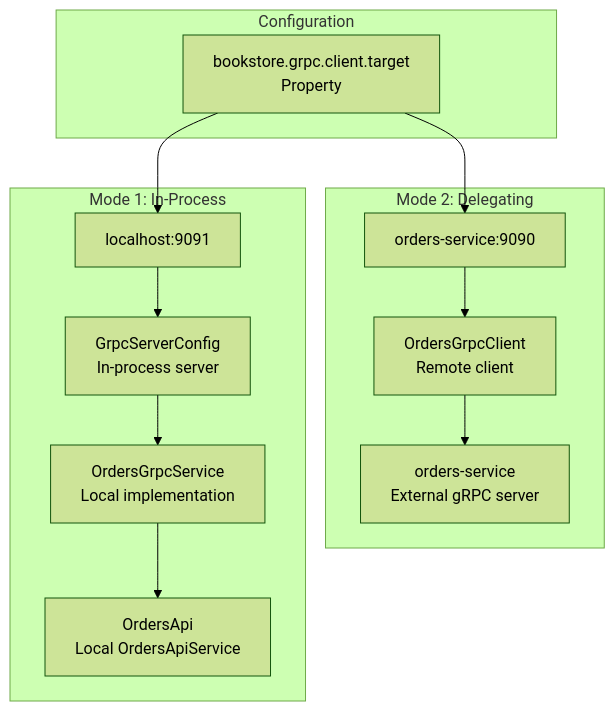
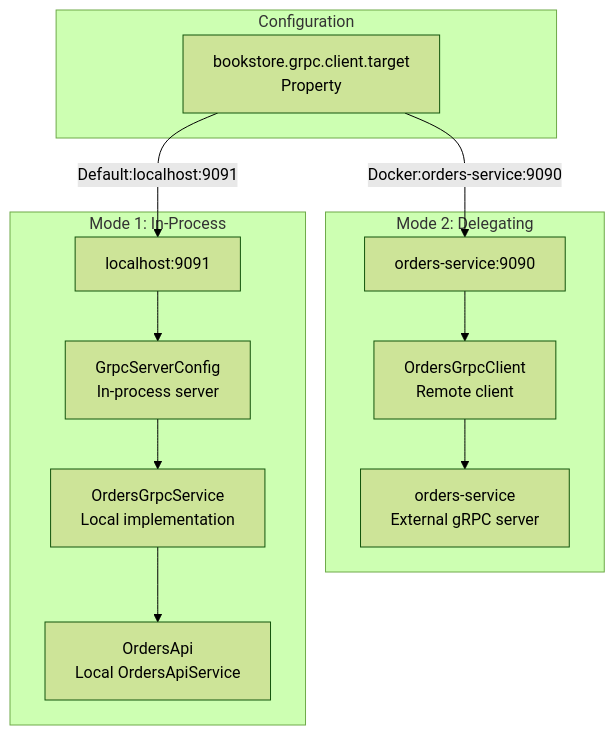
The seventh of 7 diagrams in docs/deepwiki/Orders-Microservice-Extraction.md (philipz/spring-modular-monolith), drawn with Mermaid (forest theme) before and after one commit. The commit also changed other lines of this file and 55 other files, not shown here.

````diff
--- a/docs/deepwiki/Orders-Microservice-Extraction.md
+++ b/docs/deepwiki/Orders-Microservice-Extraction.md
@@ -433,37 +433,37 @@
 ```mermaid
 flowchart TD
 
 GrpcTarget["bookstore.grpc.client.target<br>Property"]
 LocalTarget["localhost:9091"]
 LocalServer["GrpcServerConfig<br>In-process server"]
 LocalService["OrdersGrpcService<br>Local implementation"]
 LocalOrders["OrdersApi<br>Local OrdersApiService"]
 RemoteTarget["orders-service:9090"]
 RemoteClient["OrdersGrpcClient<br>Remote client"]
 RemoteService["orders-service<br>External gRPC server"]
 
-GrpcTarget --> LocalTarget
-GrpcTarget --> RemoteTarget
+GrpcTarget -->|"Default:localhost:9091"| LocalTarget
+GrpcTarget -->|"Docker:orders-service:9090"| RemoteTarget
 
 subgraph subGraph2 ["Mode 2: Delegating"]
     RemoteTarget
     RemoteClient
     RemoteService
     RemoteTarget --> RemoteClient
     RemoteClient --> RemoteService
 end
 
 subgraph subGraph1 ["Mode 1: In-Process"]
     LocalTarget
     LocalServer
     LocalService
     LocalOrders
     LocalTarget --> LocalServer
     LocalServer --> LocalService
     LocalService --> LocalOrders
 end
 
 subgraph Configuration ["Configuration"]
     GrpcTarget
 end
 ```
````
